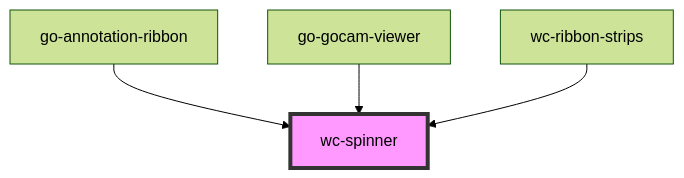
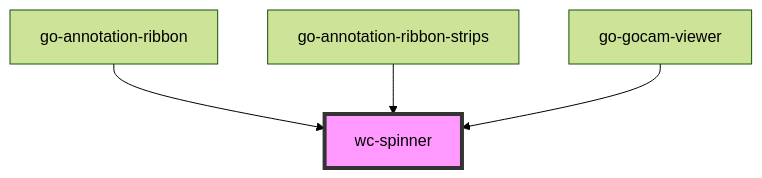
One commit to geneontology/web-components changed the diagram in src/components/go-spinner/readme.md. Above: the diagram before and after it, drawn with Mermaid (forest theme). The commit also changed other lines of this file and 11 other files, not shown here.

Commit message:
Rename wc-ribbon-strips to go-annotation-ribbon-strips

````diff
--- a/src/components/go-spinner/readme.md
+++ b/src/components/go-spinner/readme.md
@@ -30,7 +30,7 @@
 ```mermaid
 graph TD;
   go-annotation-ribbon --> wc-spinner
+  go-annotation-ribbon-strips --> wc-spinner
   go-gocam-viewer --> wc-spinner
-  wc-ribbon-strips --> wc-spinner
   style wc-spinner fill:#f9f,stroke:#333,stroke-width:4px
 ```
````
